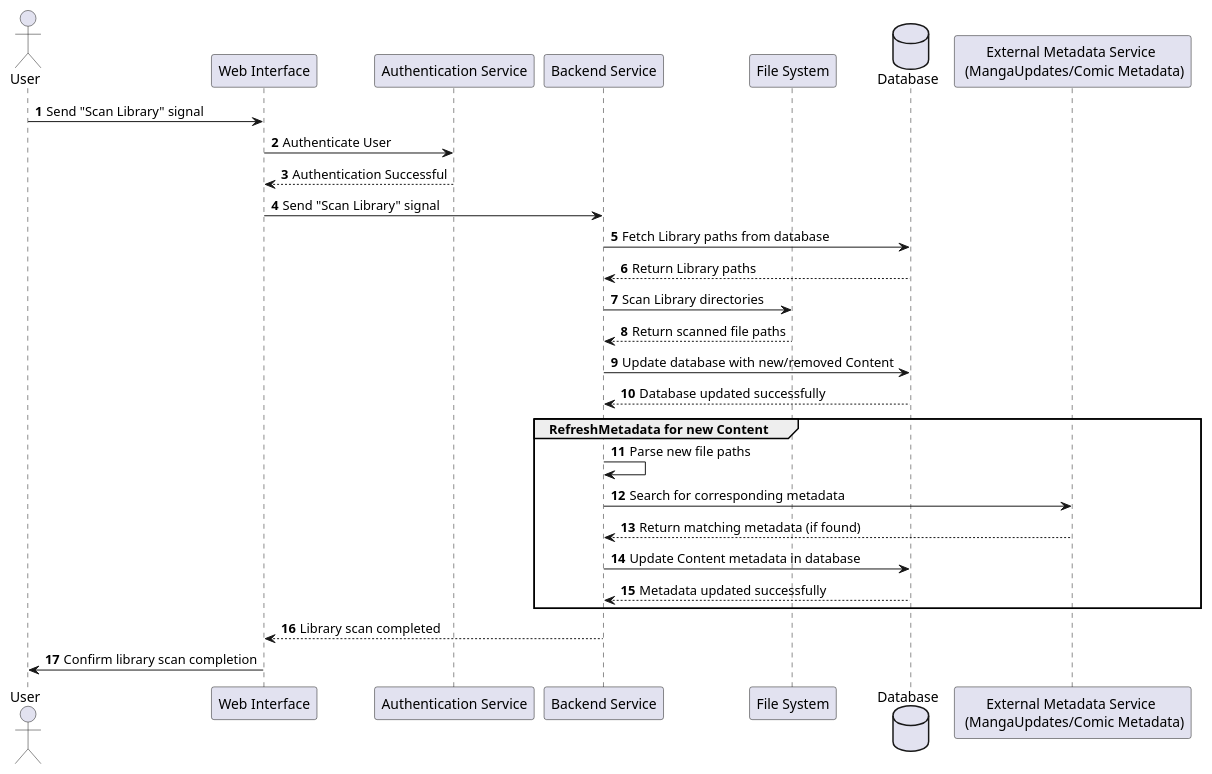
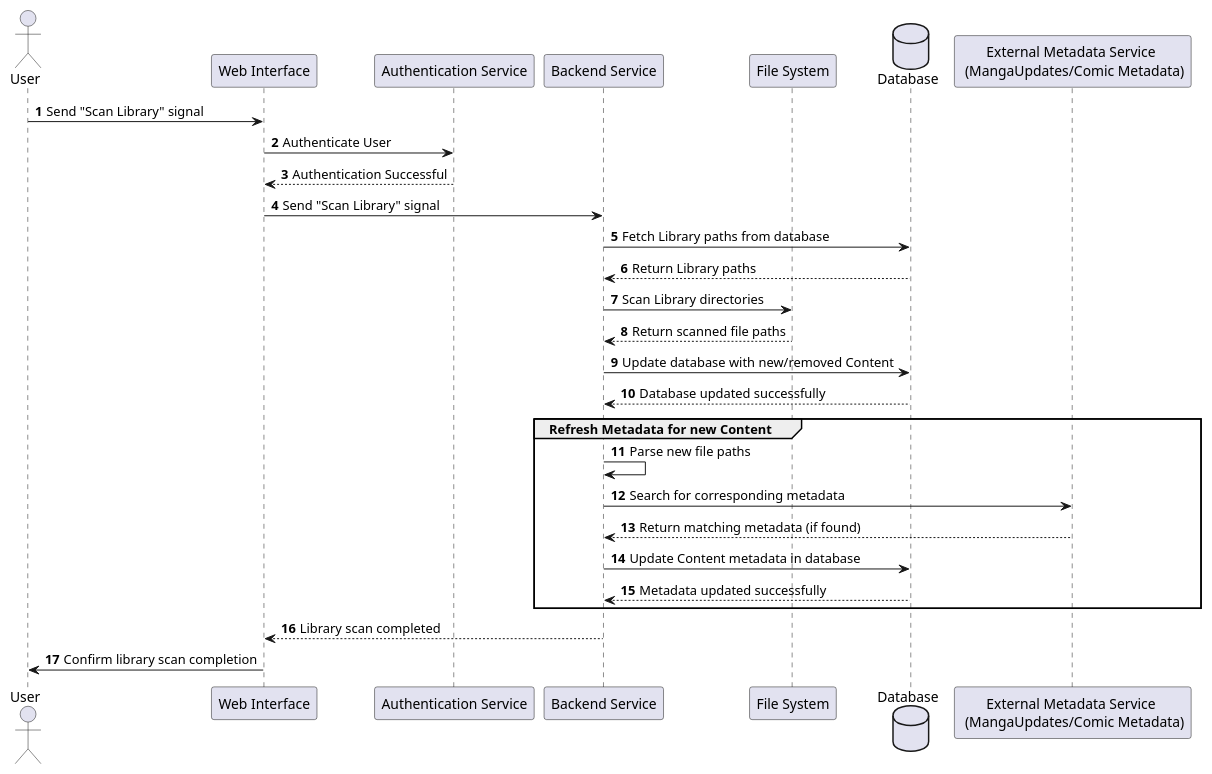
The diagram in docs/diagrams/Sequence/ScanLibrary.puml (ameerabdallah/Bijutsu), drawn with PlantUML before and after one commit. The commit also changed 37 other files, not shown here.

```diff
--- a/docs/diagrams/Sequence/ScanLibrary.puml
+++ b/docs/diagrams/Sequence/ScanLibrary.puml
@@ -1,32 +1,32 @@
 @startuml
 
 autonumber
 
 actor User
 participant "Web Interface" as Web
 participant "Authentication Service" as Auth
 participant "Backend Service" as Backend
 participant "File System" as FileSys
 database "Database" as DB
 
 User -> Web: Send "Scan Library" signal
 Web -> Auth: Authenticate User
 Auth --> Web: Authentication Successful
 Web -> Backend: Send "Scan Library" signal
 Backend -> DB: Fetch Library paths from database
 DB --> Backend: Return Library paths
 Backend -> FileSys: Scan Library directories
 FileSys --> Backend: Return scanned file paths
 Backend -> DB: Update database with new/removed Content
 DB --> Backend: Database updated successfully
-group RefreshMetadata for new Content
+group Refresh Metadata for new Content
     Backend -> Backend: Parse new file paths
     Backend -> "External Metadata Service \n (MangaUpdates/Comic Metadata)" as ExtMeta: Search for corresponding metadata
     ExtMeta --> Backend: Return matching metadata (if found)
     Backend -> DB: Update Content metadata in database
     DB --> Backend: Metadata updated successfully
 end
 Backend --> Web: Library scan completed
 Web -> User: Confirm library scan completion
 
 @enduml
```
